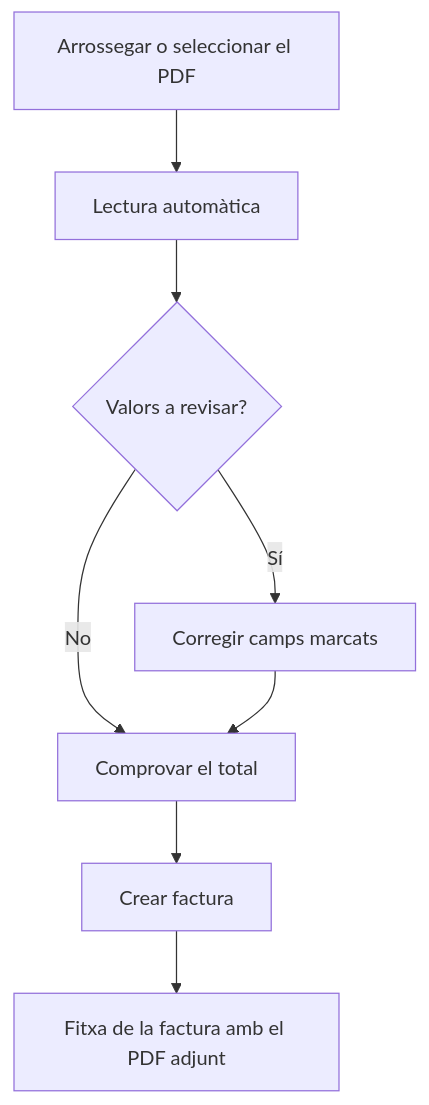
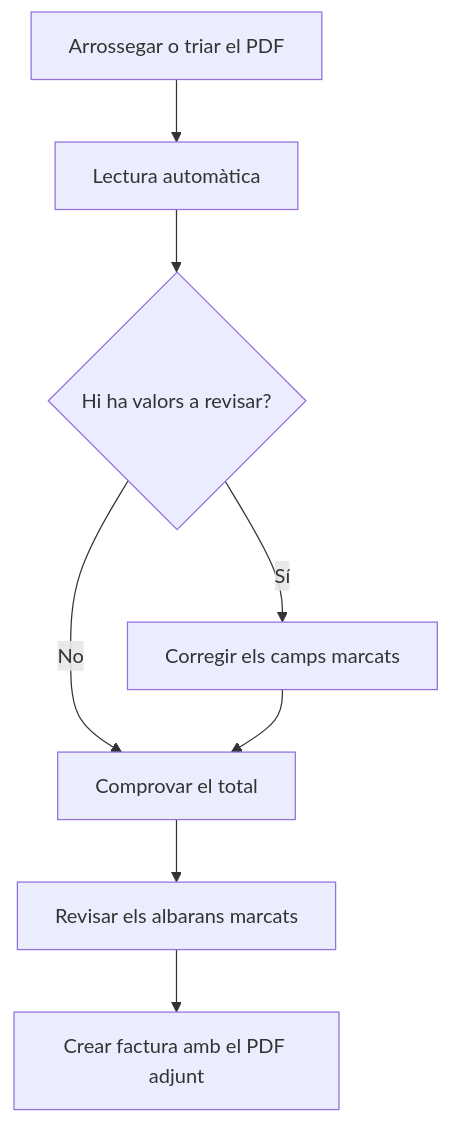
The diagram in frontend/src/help/ca/purchase/purchaseinvoice/import.md (MGurtD/lilith), drawn with Mermaid before and after one commit. The commit also changed other lines of this file and 331 other files, not shown here.

````diff
--- a/frontend/src/help/ca/purchase/purchaseinvoice/import.md
+++ b/frontend/src/help/ca/purchase/purchaseinvoice/import.md
@@ -52,10 +55,10 @@
 ```mermaid
 flowchart TD
-    A[Arrossegar o seleccionar el PDF] --> B[Lectura automàtica]
-    B --> C{Valors a revisar?}
-    C -->|Sí| D[Corregir camps marcats]
+    A[Arrossegar o triar el PDF] --> B[Lectura automàtica]
+    B --> C{Hi ha valors a revisar?}
+    C -->|Sí| D[Corregir els camps marcats]
     C -->|No| E[Comprovar el total]
     D --> E
-    E --> F[Crear factura]
-    F --> G[Fitxa de la factura amb el PDF adjunt]
+    E --> F[Revisar els albarans marcats]
+    F --> G[Crear factura amb el PDF adjunt]
 ```
````
